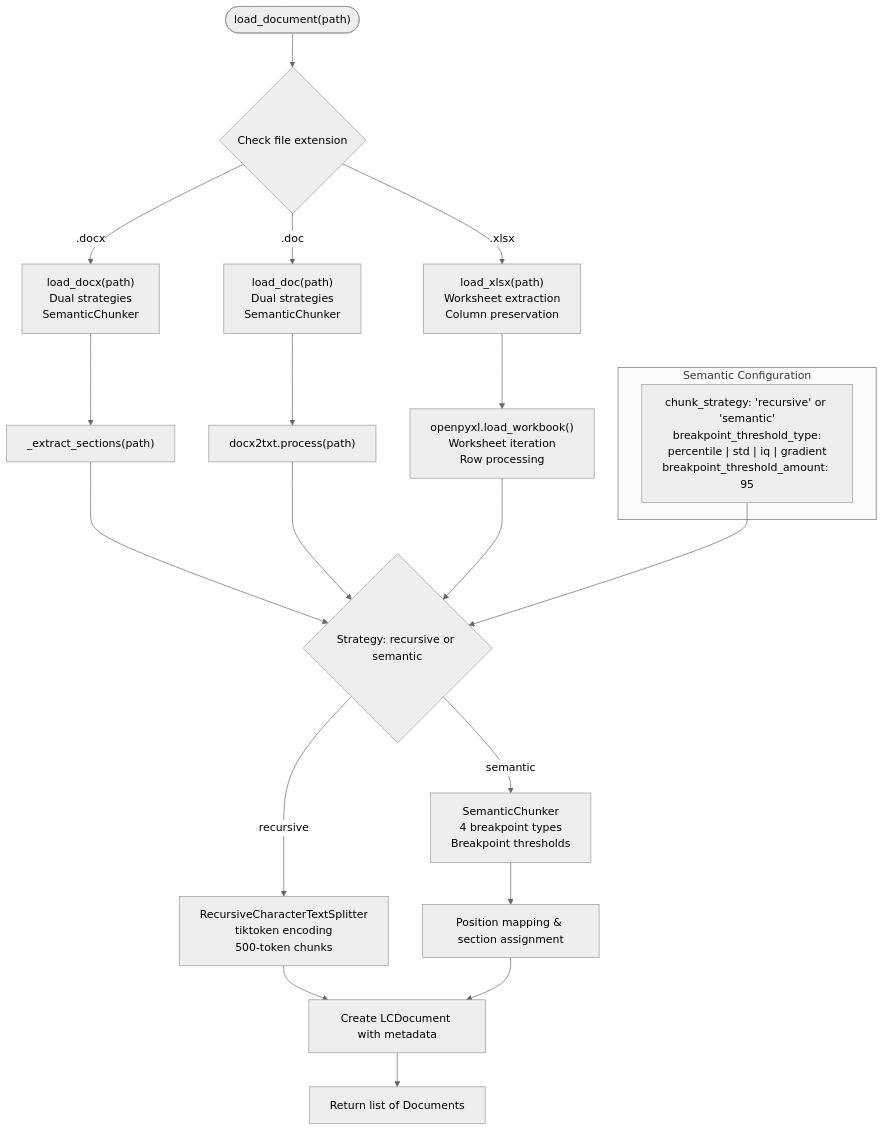
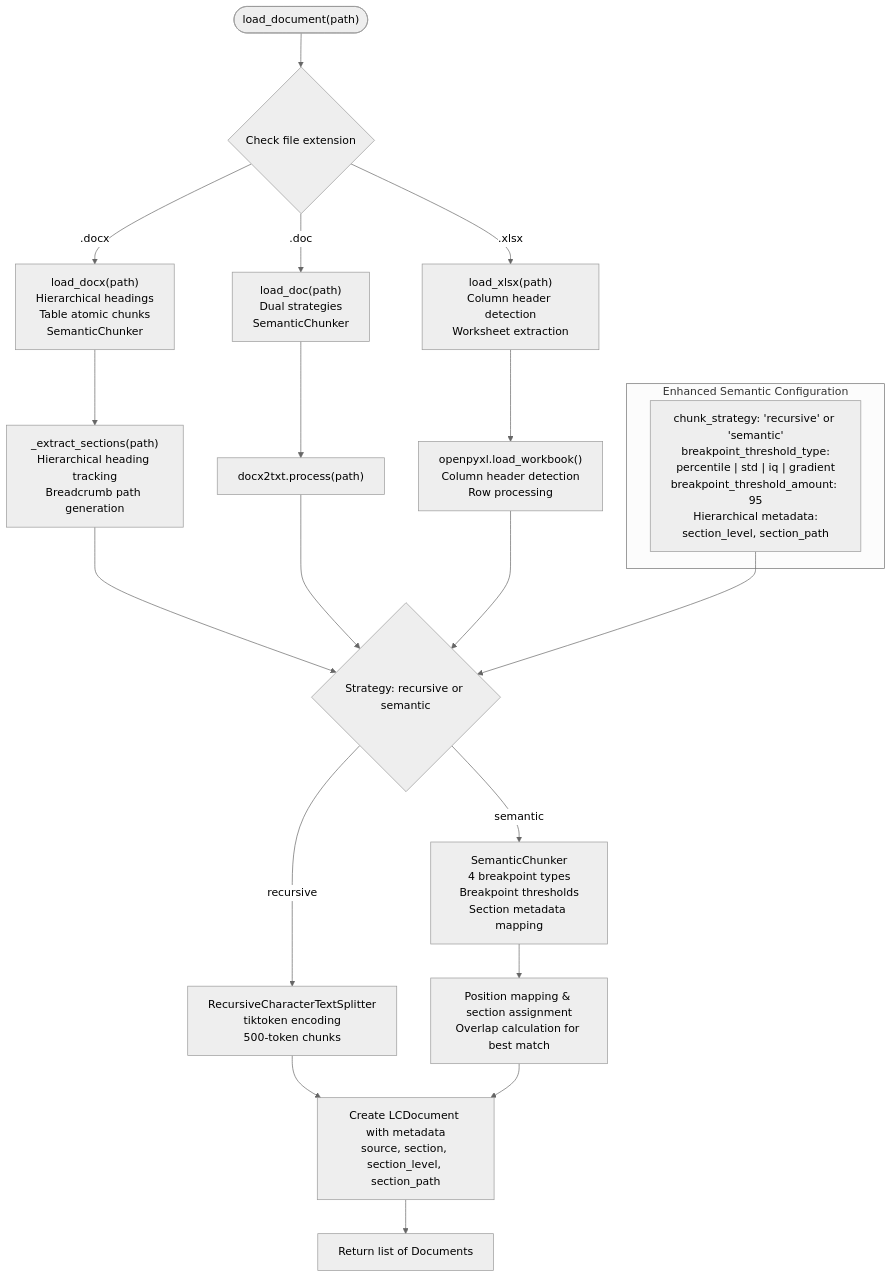
Before and after one commit to ognelis/cafetera_hr_bot: the third of 14 diagrams in .qoder/repowiki/en/content/RAG Integration/RAG Parser Enhancement.md, drawn with Mermaid (neutral theme). The commit also changed other lines of this file and 2 other files, not shown here.

````diff
--- a/.qoder/repowiki/en/content/RAG Integration/RAG Parser Enhancement.md
+++ b/.qoder/repowiki/en/content/RAG Integration/RAG Parser Enhancement.md
@@ -243,23 +252,23 @@
 ```mermaid
 flowchart TD
 Start(["load_document(path)"]) --> CheckExt{"Check file extension"}
-CheckExt --> |".docx"| LoadDocx["load_docx(path)<br/>Dual strategies<br/>SemanticChunker"]
+CheckExt --> |".docx"| LoadDocx["load_docx(path)<br/>Hierarchical headings<br/>Table atomic chunks<br/>SemanticChunker"]
 CheckExt --> |".doc"| LoadDoc["load_doc(path)<br/>Dual strategies<br/>SemanticChunker"]
-CheckExt --> |".xlsx"| LoadXlsx["load_xlsx(path)<br/>Worksheet extraction<br/>Column preservation"]
-LoadDocx --> Extract["_extract_sections(path)"]
+CheckExt --> |".xlsx"| LoadXlsx["load_xlsx(path)<br/>Column header detection<br/>Worksheet extraction"]
+LoadDocx --> Extract["_extract_sections(path)<br/>Hierarchical heading tracking<br/>Breadcrumb path generation"]
 LoadDoc --> ProcessLegacy["docx2txt.process(path)"]
-LoadXlsx --> ProcessExcel["openpyxl.load_workbook()<br/>Worksheet iteration<br/>Row processing"]
+LoadXlsx --> ProcessExcel["openpyxl.load_workbook()<br/>Column header detection<br/>Row processing"]
 Extract --> Strategy{"Strategy: recursive or semantic"}
 ProcessLegacy --> Strategy
 ProcessExcel --> Strategy
 Strategy --> |"recursive"| RecursiveSplit["RecursiveCharacterTextSplitter<br/>tiktoken encoding<br/>500-token chunks"]
-Strategy --> |"semantic"| SemanticSplit["SemanticChunker<br/>4 breakpoint types<br/>Breakpoint thresholds"]
-RecursiveSplit --> CreateDocs["Create LCDocument with metadata"]
-SemanticSplit --> PositionMapping["Position mapping & section assignment"]
+Strategy --> |"semantic"| SemanticSplit["SemanticChunker<br/>4 breakpoint types<br/>Breakpoint thresholds<br/>Section metadata mapping"]
+RecursiveSplit --> CreateDocs["Create LCDocument with metadata<br/>source, section, section_level, section_path"]
+SemanticSplit --> PositionMapping["Position mapping & section assignment<br/>Overlap calculation for best match"]
 PositionMapping --> CreateDocs
 CreateDocs --> Return["Return list of Documents"]
-subgraph "Semantic Configuration"
-Config["chunk_strategy: 'recursive' or 'semantic'<br/>breakpoint_threshold_type:<br/>percentile | std | iq | gradient<br/>breakpoint_threshold_amount: 95"]
+subgraph "Enhanced Semantic Configuration"
+Config["chunk_strategy: 'recursive' or 'semantic'<br/>breakpoint_threshold_type:<br/>percentile | std | iq | gradient<br/>breakpoint_threshold_amount: 95<br/>Hierarchical metadata:<br/>section_level, section_path"]
 end
 Config --> Strategy
 ```
````
